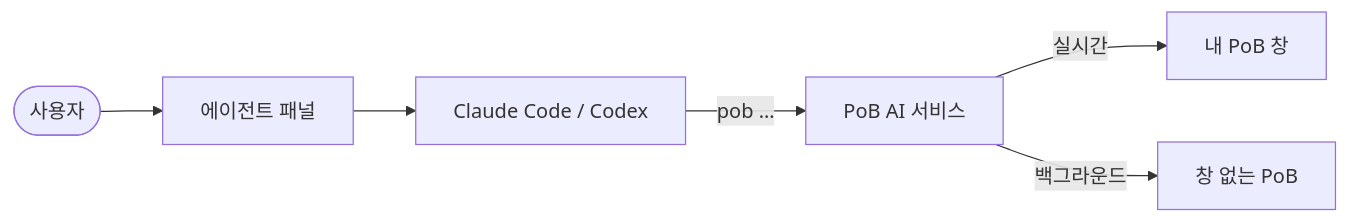
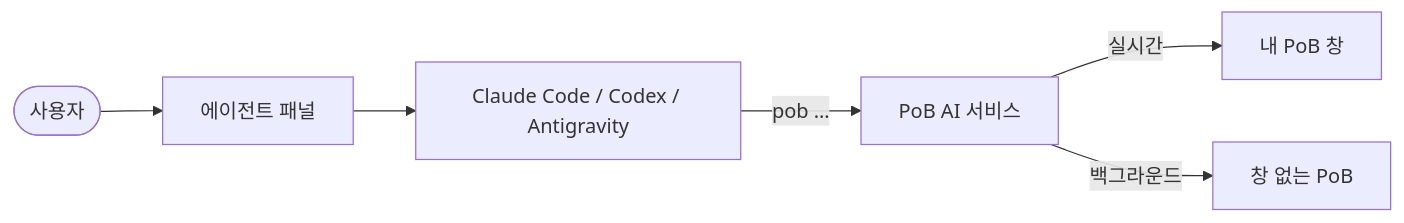
The diagram in README.ko.md (tjdcks12/pob-ai), drawn with Mermaid before and after one commit. The commit also changed other lines of this file and 22 other files, not shown here.

Commit message:
Release v0.2.4 with Antigravity agent and complete sign-in

````diff
--- a/README.ko.md
+++ b/README.ko.md
@@ -190,8 +199,8 @@
 ```mermaid
 flowchart LR
   you([사용자]) --> panel[에이전트 패널]
-  panel --> agent[Claude Code / Codex]
+  panel --> agent[Claude Code / Codex / Antigravity]
   agent -->|pob …| service[PoB AI 서비스]
   service -->|실시간| pob[내 PoB 창]
   service -->|백그라운드| engine[창 없는 PoB]
 ```
````
